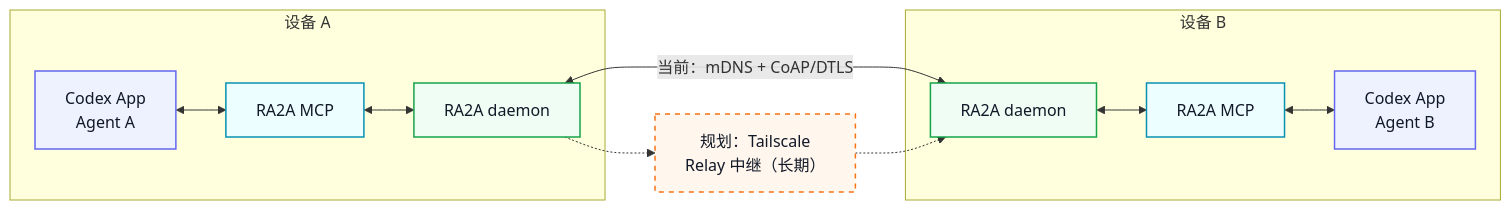
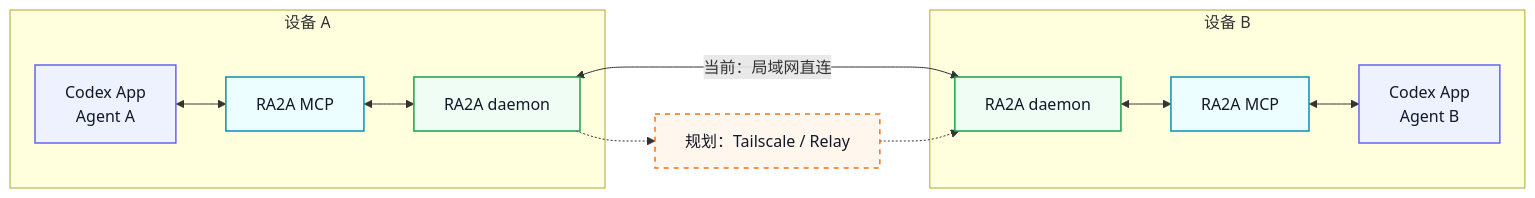
The diagram in README.md (ceasarXuu/RA2A), drawn with Mermaid before and after one commit. The commit also changed other lines of this file, not shown here.

````diff
--- a/README.md
+++ b/README.md
@@ -22,23 +18,20 @@
 ```mermaid
 flowchart LR
     subgraph A["设备 A"]
         A1["Codex App<br/>Agent A"] <--> A2["RA2A MCP"] <--> A3["RA2A daemon"]
     end
-
     subgraph B["设备 B"]
         B3["RA2A daemon"] <--> B2["RA2A MCP"] <--> B1["Codex App<br/>Agent B"]
     end
-
-    A3 <-->|"当前：mDNS + CoAP/DTLS"| B3
-    A3 -.-> R["规划：Tailscale<br/>Relay 中继（长期）"] -.-> B3
+    A3 <-->|"当前：局域网直连"| B3
+    A3 -.-> R["规划：Tailscale / Relay"] -.-> B3
 
     classDef app fill:#eef2ff,stroke:#6366f1,color:#111827,stroke-width:1.5px
     classDef mcp fill:#ecfeff,stroke:#0891b2,color:#111827,stroke-width:1.5px
     classDef daemon fill:#f0fdf4,stroke:#16a34a,color:#111827,stroke-width:1.5px
     classDef roadmap fill:#fff7ed,stroke:#f97316,color:#111827,stroke-width:1.5px,stroke-dasharray:5 5
-
     class A1,B1 app
     class A2,B2 mcp
     class A3,B3 daemon
     class R roadmap
 ```
````
